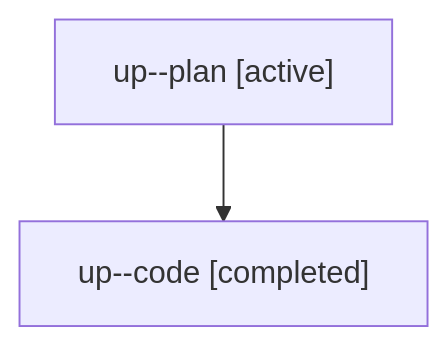
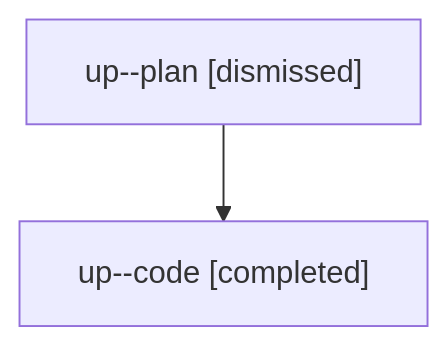
One commit to sase-org/sase--agents changed the diagram in sessions/bbugyi200.athena.up.md. Above: the diagram before and after it, drawn with Mermaid. The commit also changed other lines of this file and 22 other files, not shown here.

````diff
--- a/sessions/bbugyi200.athena.up.md
+++ b/sessions/bbugyi200.athena.up.md
@@ -9,6 +9,6 @@
 ```mermaid
 flowchart TD
-  n0["up--plan [active]"]
+  n0["up--plan [dismissed]"]
   n1["up--code [completed]"]
   n0 --> n1
 ```
````
